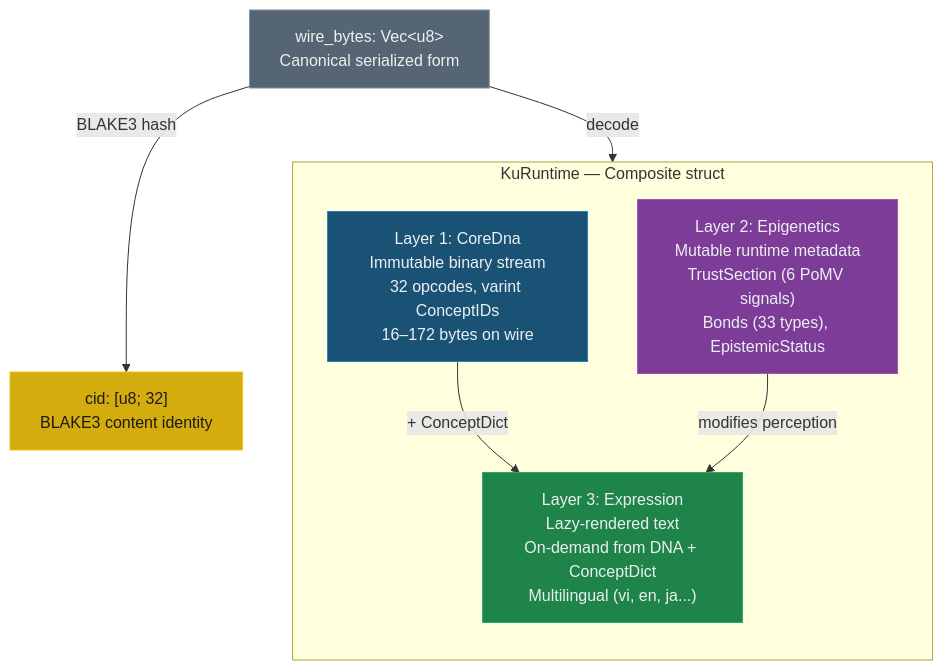
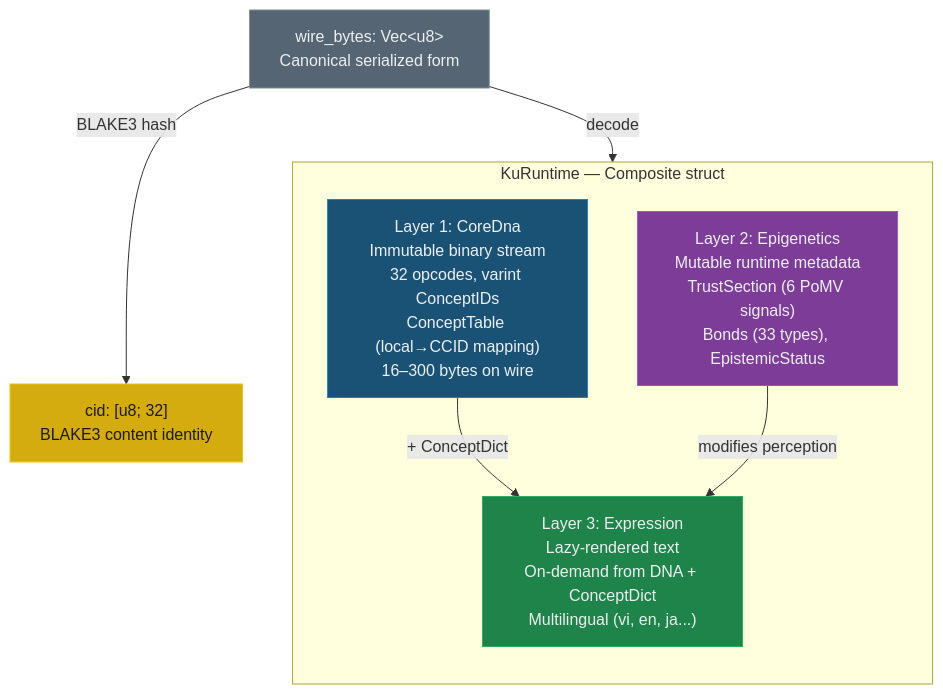
The first of 3 diagrams in docs/specs/KU_ARCHITECTURE.md (shpy2001gemi/OneBrain), drawn with Mermaid before and after one commit. The commit also changed other lines of this file and 76 other files, not shown here.

````diff
--- a/docs/specs/KU_ARCHITECTURE.md
+++ b/docs/specs/KU_ARCHITECTURE.md
@@ -39,23 +42,23 @@
 ```mermaid
 graph TB
     subgraph "KuRuntime — Composite struct"
         direction TB
-        L1["Layer 1: CoreDna<br/>Immutable binary stream<br/>32 opcodes, varint ConceptIDs<br/>16–172 bytes on wire"]
+        L1["Layer 1: CoreDna<br/>Immutable binary stream<br/>32 opcodes, varint ConceptIDs<br/>ConceptTable (local→CCID mapping)<br/>16–300 bytes on wire"]
         L2["Layer 2: Epigenetics<br/>Mutable runtime metadata<br/>TrustSection (6 PoMV signals)<br/>Bonds (33 types), EpistemicStatus"]
         L3["Layer 3: Expression<br/>Lazy-rendered text<br/>On-demand from DNA + ConceptDict<br/>Multilingual (vi, en, ja...)"]
     end
 
     WB["wire_bytes: Vec&lt;u8&gt;<br/>Canonical serialized form"]
     CID["cid: [u8; 32]<br/>BLAKE3 content identity"]
 
     WB -->|"BLAKE3 hash"| CID
     WB -->|"decode"| L1
     L1 -->|"+ ConceptDict"| L3
     L2 -->|"modifies perception"| L3
 
     style L1 fill:#1a5276,stroke:#2980b9,color:#ecf0f1
     style L2 fill:#7d3c98,stroke:#9b59b6,color:#ecf0f1
     style L3 fill:#1e8449,stroke:#27ae60,color:#ecf0f1
     style CID fill:#d4ac0d,stroke:#f1c40f,color:#1a1a1a
     style WB fill:#566573,stroke:#7f8c8d,color:#ecf0f1
 ```
````
